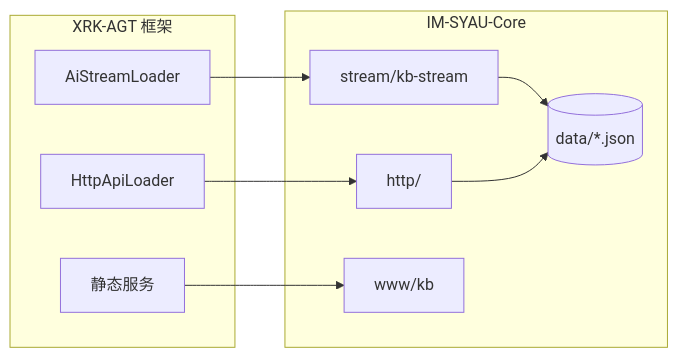
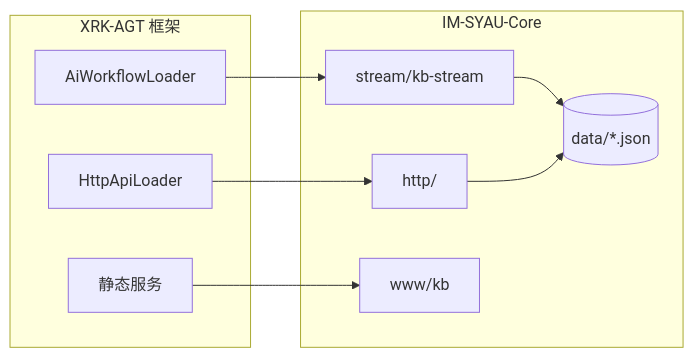
The first of 3 diagrams in README.md (sunflowermm/IM-SYAU-Core), drawn with Mermaid before and after one commit. The commit also changed other lines of this file and 2 other files, not shown here.

````diff
--- a/README.md
+++ b/README.md
@@ -26,21 +26,21 @@
 ```mermaid
 graph LR
   subgraph AGT["XRK-AGT 框架"]
     HttpApiLoader[HttpApiLoader]
-    AiStreamLoader[AiStreamLoader]
+    AiWorkflowLoader[AiWorkflowLoader]
     Static[静态服务]
   end
   
   subgraph Core["IM-SYAU-Core"]
     http[http/]
     stream[stream/kb-stream]
     www[www/kb]
     data[(data/*.json)]
   end
   
   HttpApiLoader --> http
-  AiStreamLoader --> stream
+  AiWorkflowLoader --> stream
   Static --> www
   stream --> data
   http --> data
 ```
````
